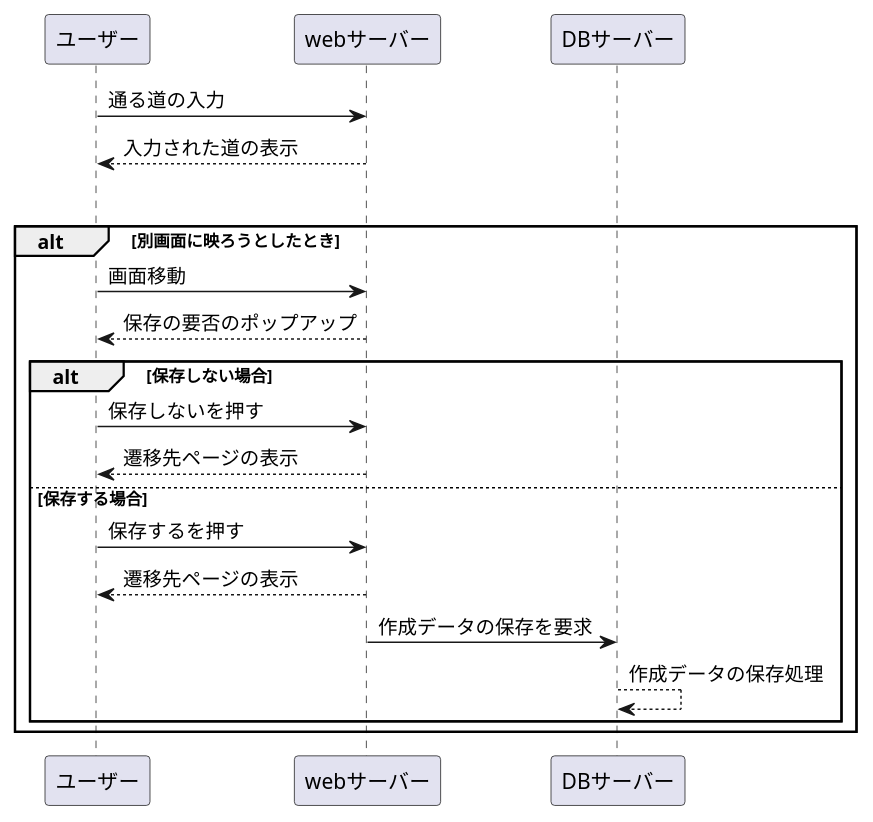
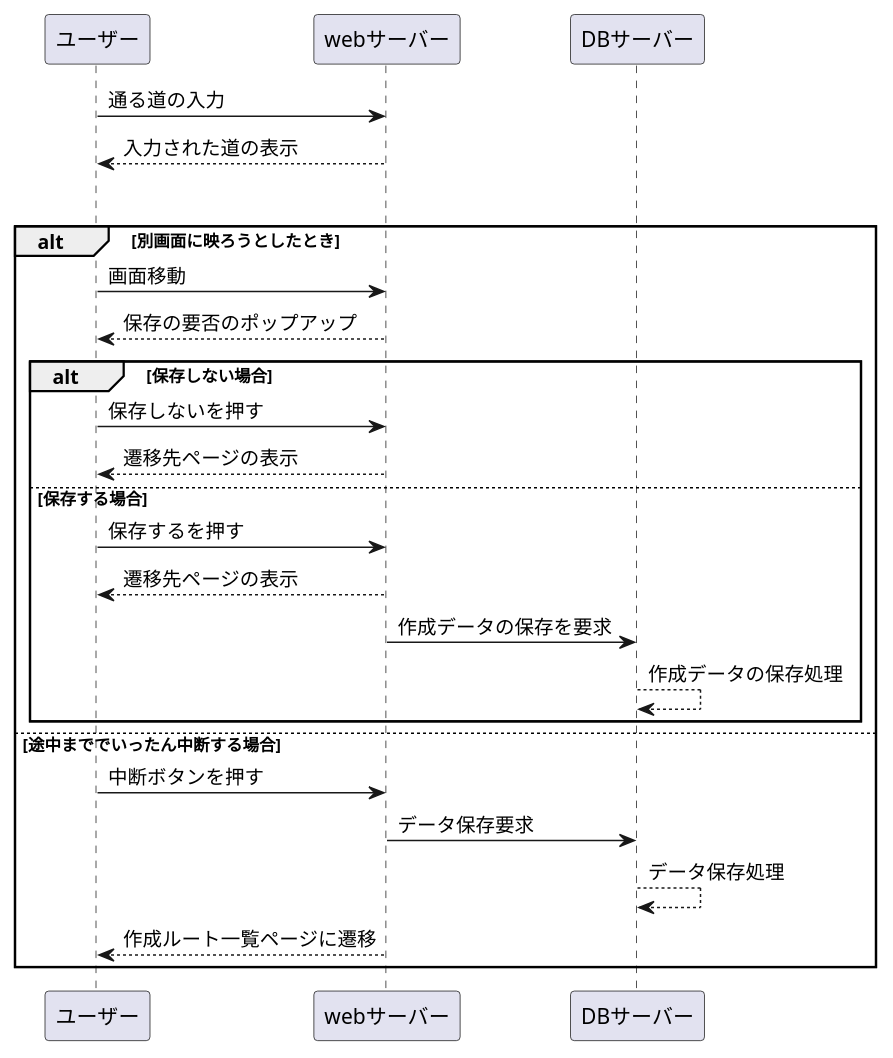
One commit to AsoSD3A3/CyclingSystem changed the diagram in 業務フロー図/rootcreate_flow.md. Above: the diagram before and after it, drawn with PlantUML.

````diff
--- a/業務フロー図/rootcreate_flow.md
+++ b/業務フロー図/rootcreate_flow.md
@@ -1,28 +1,33 @@
 ```uml
 @startuml
 
 ユーザー -> webサーバー : 通る道の入力
 webサーバー --> ユーザー : 入力された道の表示
 
 opt 途中で作成を中断する場合
 
 alt 別画面に映ろうとしたとき
 ユーザー -> webサーバー : 画面移動
 webサーバー --> ユーザー : 保存の要否のポップアップ
 
 alt 保存しない場合
 ユーザー -> webサーバー : 保存しないを押す
 webサーバー --> ユーザー : 遷移先ページの表示
 
 
 else 保存する場合
 ユーザー -> webサーバー : 保存するを押す
 webサーバー --> ユーザー : 遷移先ページの表示
 webサーバー -> DBサーバー : 作成データの保存を要求
 DBサーバー --> DBサーバー : 作成データの保存処理
 end
+else 途中まででいったん中断する場合
+ユーザー -> webサーバー : 中断ボタンを押す
+webサーバー -> DBサーバー : データ保存要求
+DBサーバー --> DBサーバー : データ保存処理
+webサーバー --> ユーザー : 作成ルート一覧ページに遷移
 end
 
 
 @enduml
 ```
````
